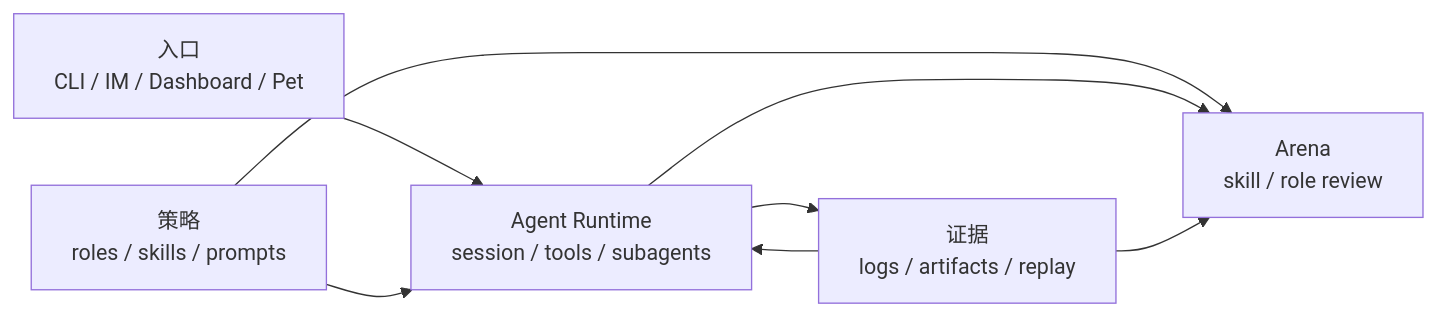
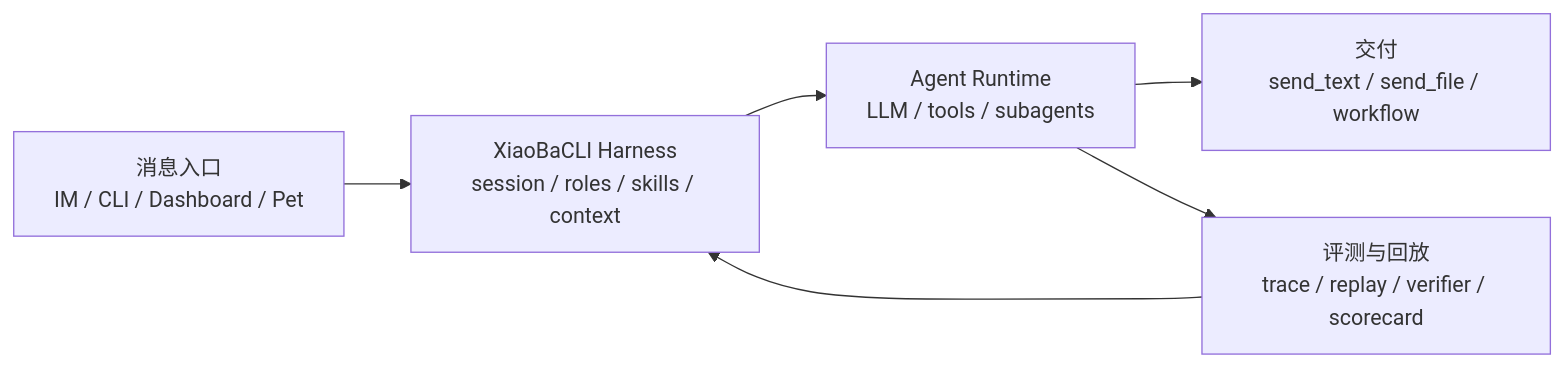
Before and after one commit to fightheyyy/XiaoBa-CLI: the diagram in README.md, drawn with Mermaid. The commit also changed other lines of this file and 1 other file, not shown here.

````diff
--- a/README.md
+++ b/README.md
@@ -105,16 +29,14 @@
 ```mermaid
 flowchart LR
-    Surface["入口<br/>CLI / IM / Dashboard / Pet"]
-    Runtime["Agent Runtime<br/>session / tools / subagents"]
-    Policy["策略<br/>roles / skills / prompts"]
-    Evidence["证据<br/>logs / artifacts / replay"]
-    Arena["Arena<br/>skill / role review"]
+    Surface["消息入口<br/>IM / CLI / Dashboard / Pet"]
+    Harness["XiaoBaCLI Harness<br/>session / roles / skills / context"]
+    Runtime["Agent Runtime<br/>LLM / tools / subagents"]
+    Delivery["交付<br/>send_text / send_file / workflow"]
+    Replay["评测与回放<br/>trace / replay / verifier / scorecard"]
 
-    Surface --> Runtime
-    Policy --> Runtime
-    Runtime --> Evidence
-    Evidence --> Runtime
-    Policy --> Arena
-    Runtime --> Arena
-    Evidence --> Arena
+    Surface --> Harness
+    Harness --> Runtime
+    Runtime --> Delivery
+    Runtime --> Replay
+    Replay --> Harness
 ```
````
